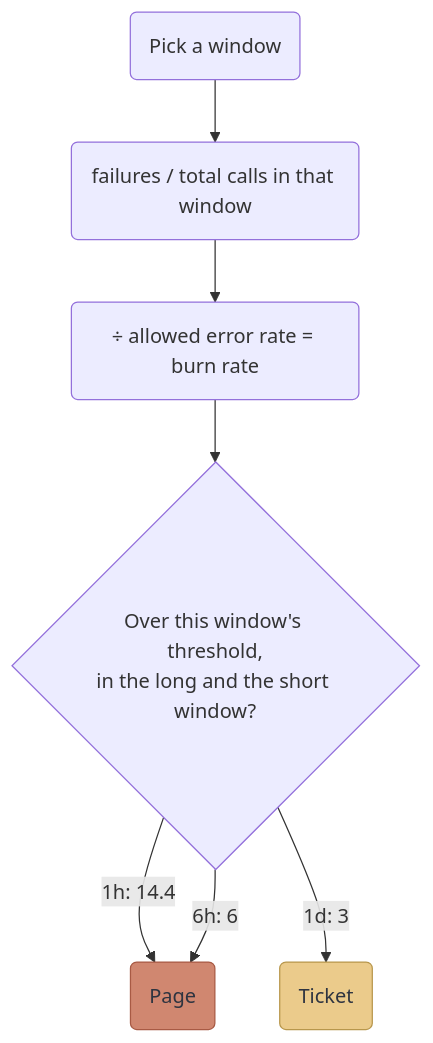
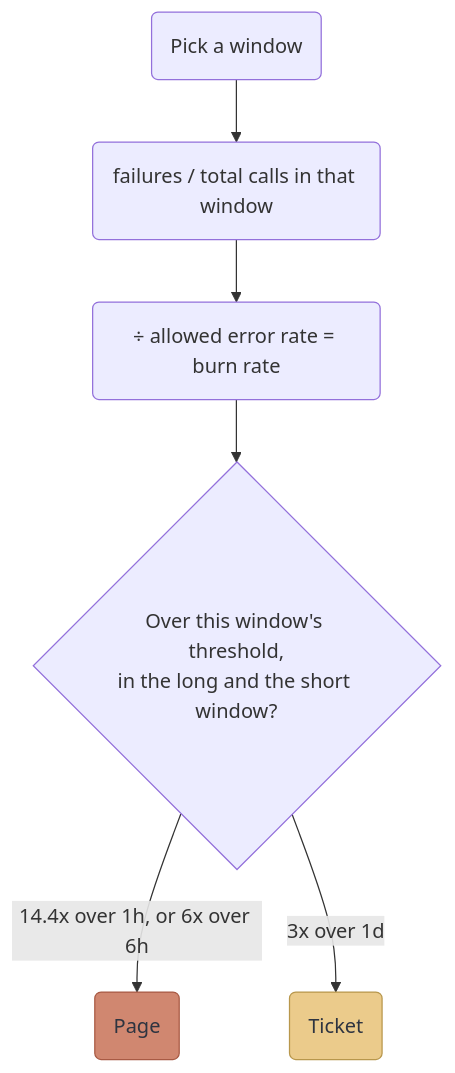
One commit to benniemosher/benniemosher.com changed the diagram in _posts/2026-10-07-burn-rate-alerts.md. Above: the diagram before and after it, drawn with Mermaid. The commit also changed 3 other files, not shown here.

First line of the commit message:
docs: #135: line the diagrams up with the text column

````diff
--- a/_posts/2026-10-07-burn-rate-alerts.md
+++ b/_posts/2026-10-07-burn-rate-alerts.md
@@ -73,11 +73,10 @@
 ```mermaid
 flowchart TD
     A("Pick a window") --> B("failures / total calls in that window")
     B --> C("÷ allowed error rate = burn rate")
     C --> D{"Over this window's threshold,<br/>in the long and the short window?"}
-    D -- "1h: 14.4" --> E("Page"):::bad
-    D -- "6h: 6" --> E
-    D -- "1d: 3" --> F("Ticket"):::warn
+    D -- "14.4x over 1h, or 6x over 6h" --> E("Page"):::bad
+    D -- "3x over 1d" --> F("Ticket"):::warn
     classDef bad fill:#d08770,stroke:#a85a44,color:#2e3440
     classDef warn fill:#ebcb8b,stroke:#b8974c,color:#2e3440
 ```
````
